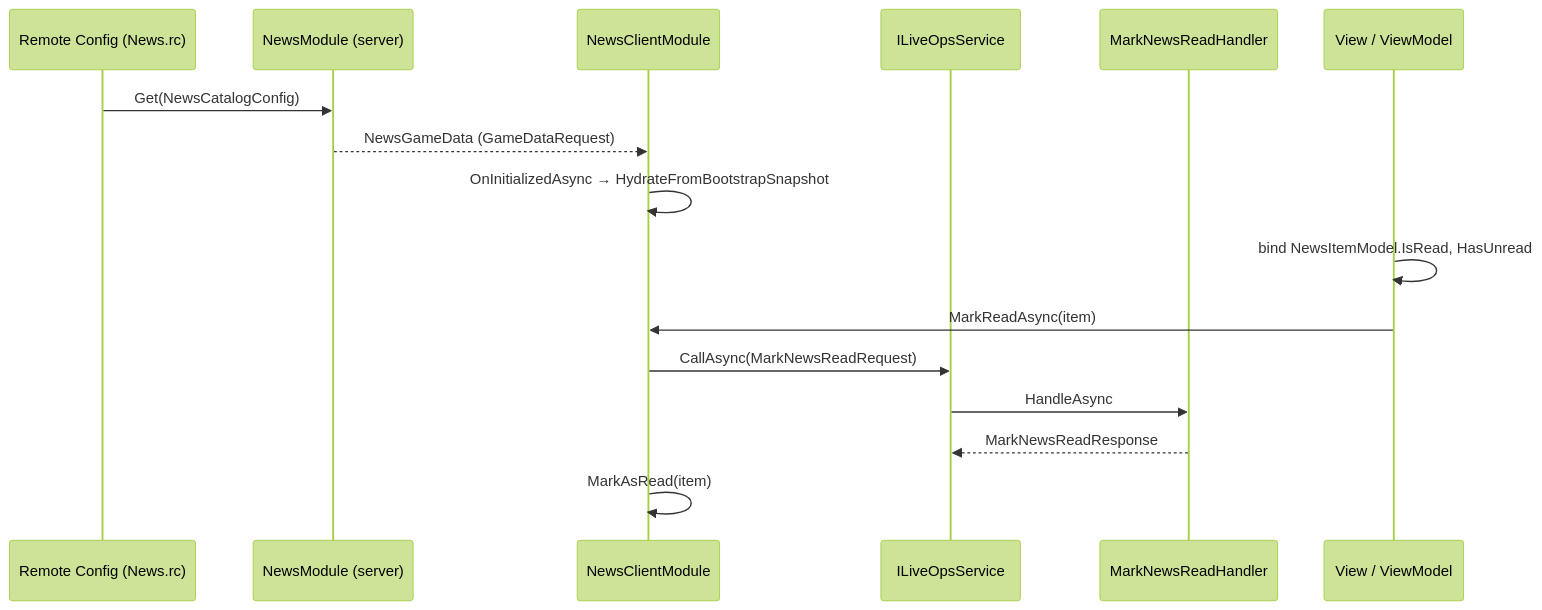
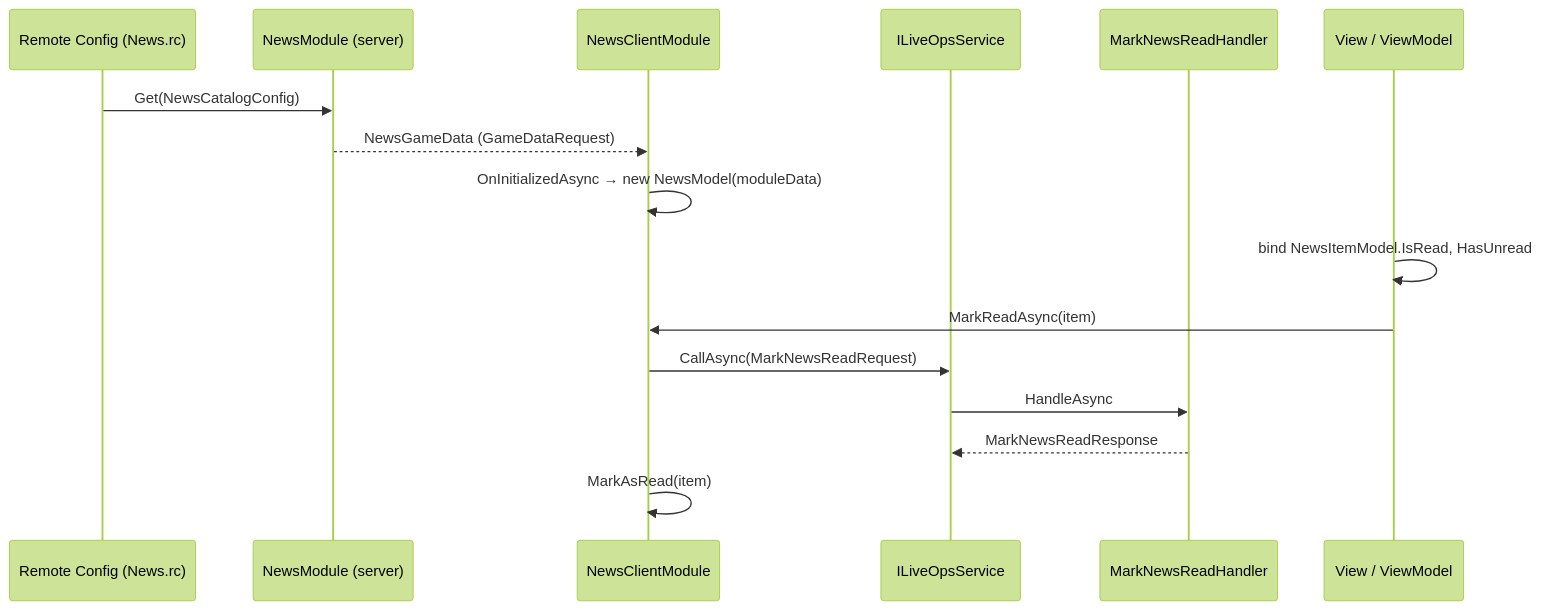
Before and after one commit to DuckDuckWeasel/Gear-Engine: the diagram in Docs/News-State-And-Services-Implementation-Guide.md, drawn with Mermaid (forest theme). The commit also changed other lines of this file, not shown here.

Commit message:
docs: News bootstrap via NewsModel(NewsGameData) ctor, drop Hydrate name

````diff
--- a/Docs/News-State-And-Services-Implementation-Guide.md
+++ b/Docs/News-State-And-Services-Implementation-Guide.md
@@ -535,19 +537,19 @@
 ```mermaid
 sequenceDiagram
     participant RC as Remote Config (News.rc)
     participant SMod as NewsModule (server)
     participant Client as NewsClientModule
     participant L as ILiveOpsService
     participant H as MarkNewsReadHandler
     participant UI as View / ViewModel
 
     RC->>SMod: Get(NewsCatalogConfig)
     SMod-->>Client: NewsGameData (GameDataRequest)
-    Client->>Client: OnInitializedAsync → HydrateFromBootstrapSnapshot
+    Client->>Client: OnInitializedAsync → new NewsModel(moduleData)
     UI->>UI: bind NewsItemModel.IsRead, HasUnread
     UI->>Client: MarkReadAsync(item)
     Client->>L: CallAsync(MarkNewsReadRequest)
     L->>H: HandleAsync
     H-->>L: MarkNewsReadResponse
     Client->>Client: MarkAsRead(item)
 ```
````
